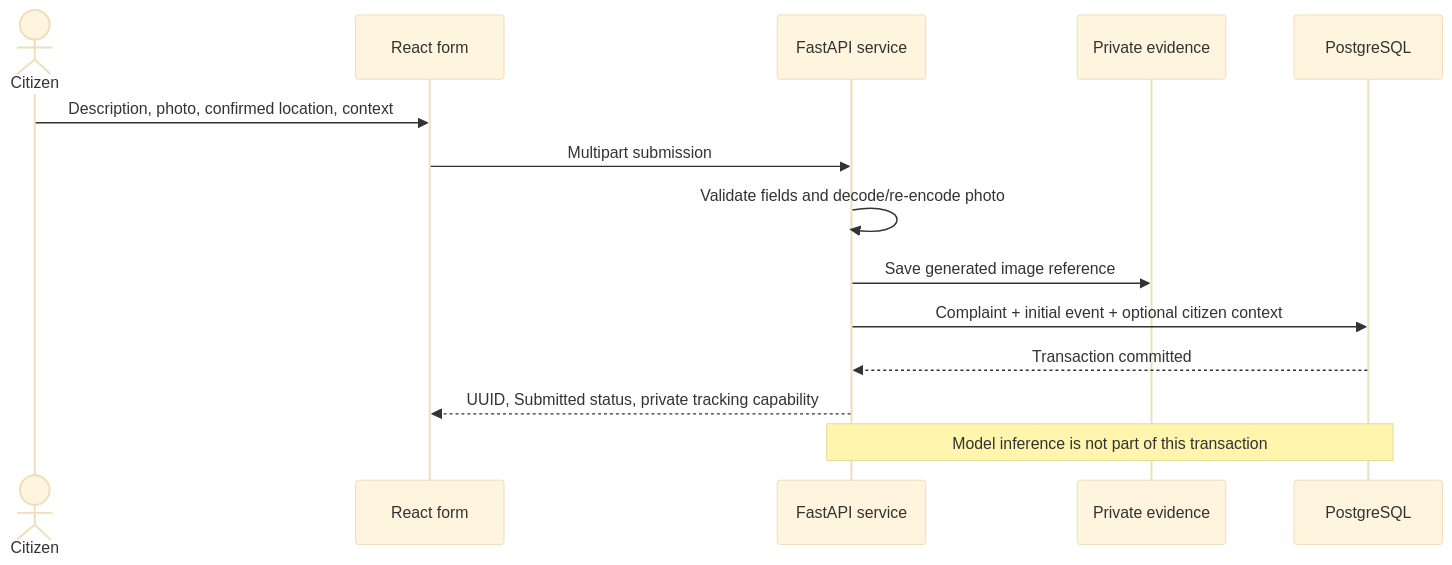
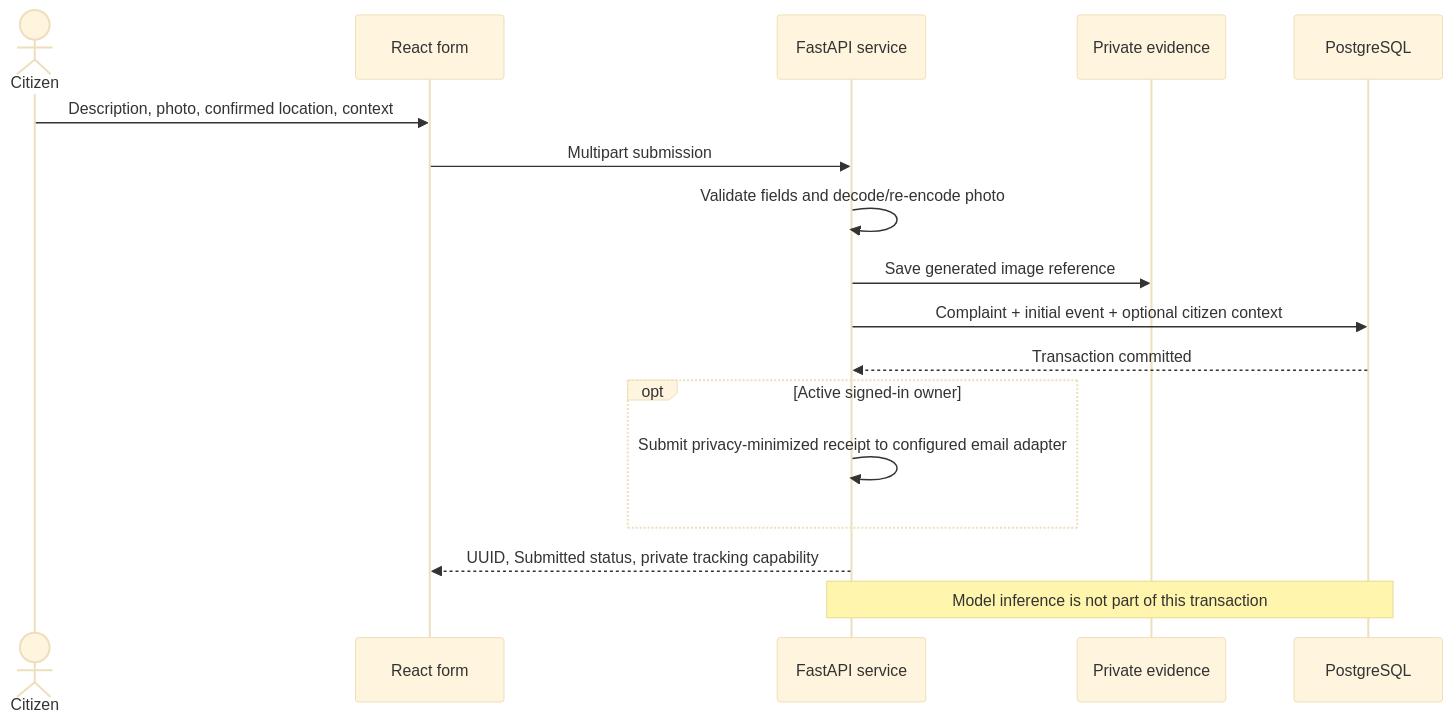
Before and after one commit to Soumodeep-Das/civic-ai: the second of 3 diagrams in docs/ARCHITECTURE.md, drawn with Mermaid (base theme). The commit also changed other lines of this file and 11 other files, not shown here.

````diff
--- a/docs/ARCHITECTURE.md
+++ b/docs/ARCHITECTURE.md
@@ -52,16 +53,19 @@
 ```mermaid
 sequenceDiagram
     actor Citizen
     participant UI as React form
     participant API as FastAPI service
     participant Files as Private evidence
     participant DB as PostgreSQL
     Citizen->>UI: Description, photo, confirmed location, context
     UI->>API: Multipart submission
     API->>API: Validate fields and decode/re-encode photo
     API->>Files: Save generated image reference
     API->>DB: Complaint + initial event + optional citizen context
     DB-->>API: Transaction committed
+    opt Active signed-in owner
+        API->>API: Submit privacy-minimized receipt to configured email adapter
+    end
     API-->>UI: UUID, Submitted status, private tracking capability
     Note over API,DB: Model inference is not part of this transaction
 ```
````
